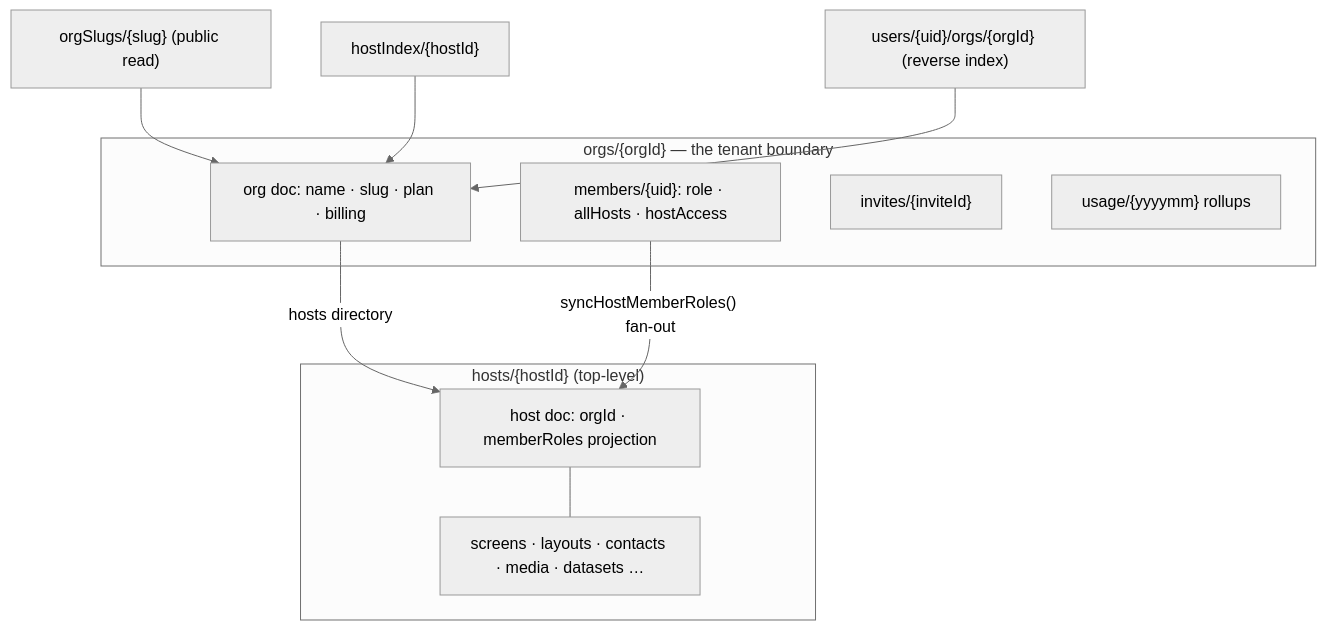
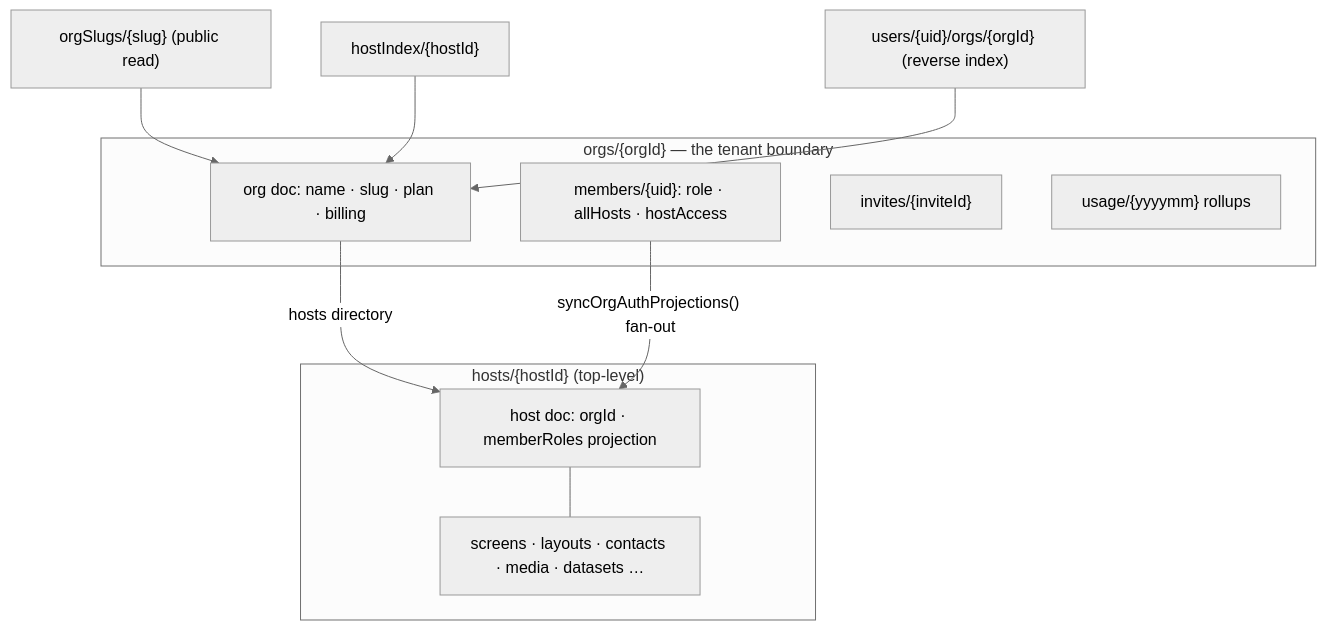
Before and after one commit to aglyn/aglyn: the first of 2 diagrams in docs/MULTI_TENANT_FIRESTORE.md, drawn with Mermaid (neutral theme). The commit also changed other lines of this file and 5 other files, not shown here.

````diff
--- a/docs/MULTI_TENANT_FIRESTORE.md
+++ b/docs/MULTI_TENANT_FIRESTORE.md
@@ -132,19 +132,19 @@
 ```mermaid
 graph TD
   subgraph ORG ["orgs/#lcub;orgId#rcub; — the tenant boundary"]
     O["org doc: name · slug · plan · billing"]
     M["members/#lcub;uid#rcub;: role · allHosts · hostAccess"]
     I["invites/#lcub;inviteId#rcub;"]
     U["usage/#lcub;yyyymm#rcub; rollups"]
   end
   SLUG["orgSlugs/#lcub;slug#rcub; (public read)"] --> O
   HIDX["hostIndex/#lcub;hostId#rcub;"] --> O
   RIDX["users/#lcub;uid#rcub;/orgs/#lcub;orgId#rcub; (reverse index)"] --> O
   subgraph HOST ["hosts/#lcub;hostId#rcub; (top-level)"]
     H["host doc: orgId · memberRoles projection"]
     HC["screens · layouts · contacts · media · datasets …"]
   end
   O -- "hosts directory" --> H
-  M -- "syncHostMemberRoles() fan-out" --> H
+  M -- "syncOrgAuthProjections() fan-out" --> H
   H --- HC
 ```
````
